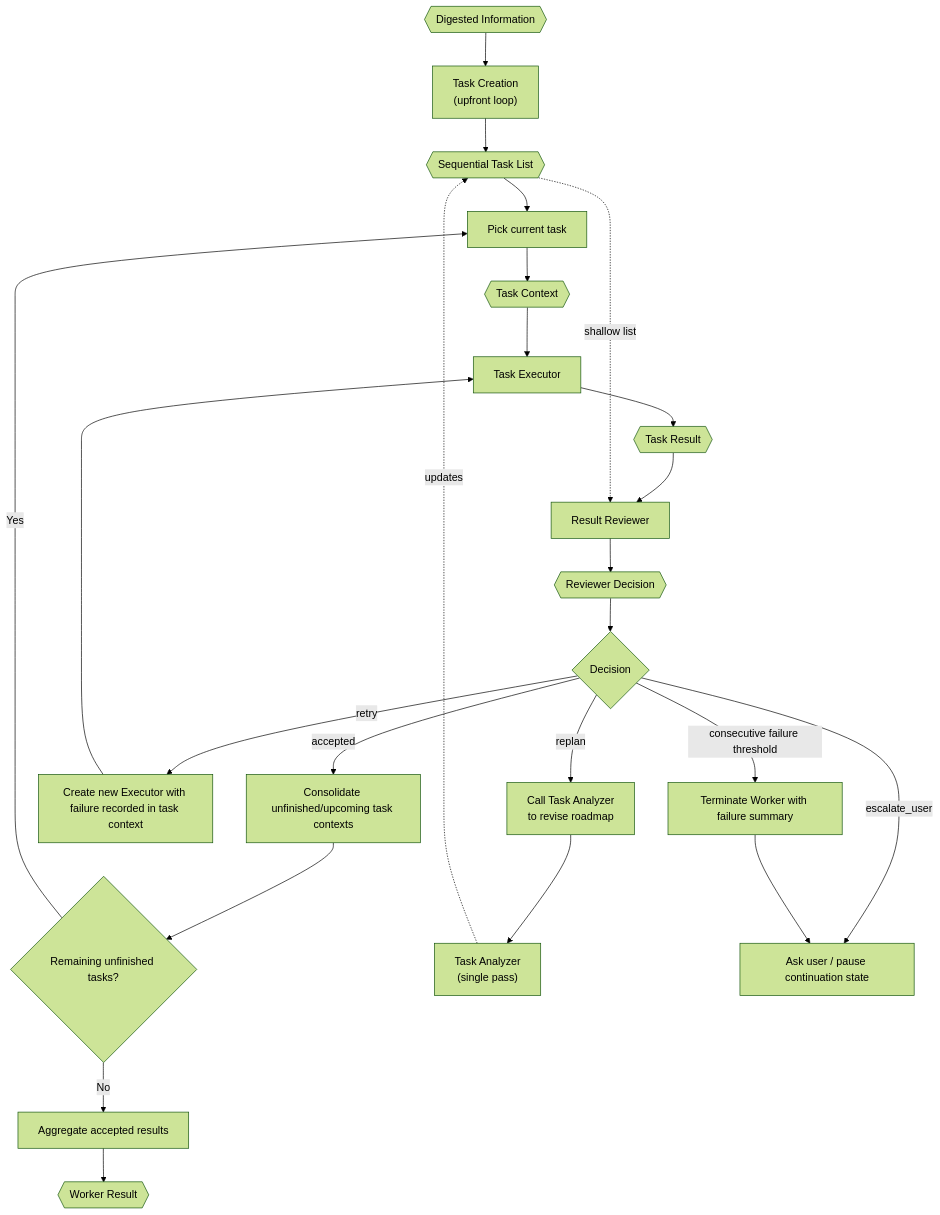
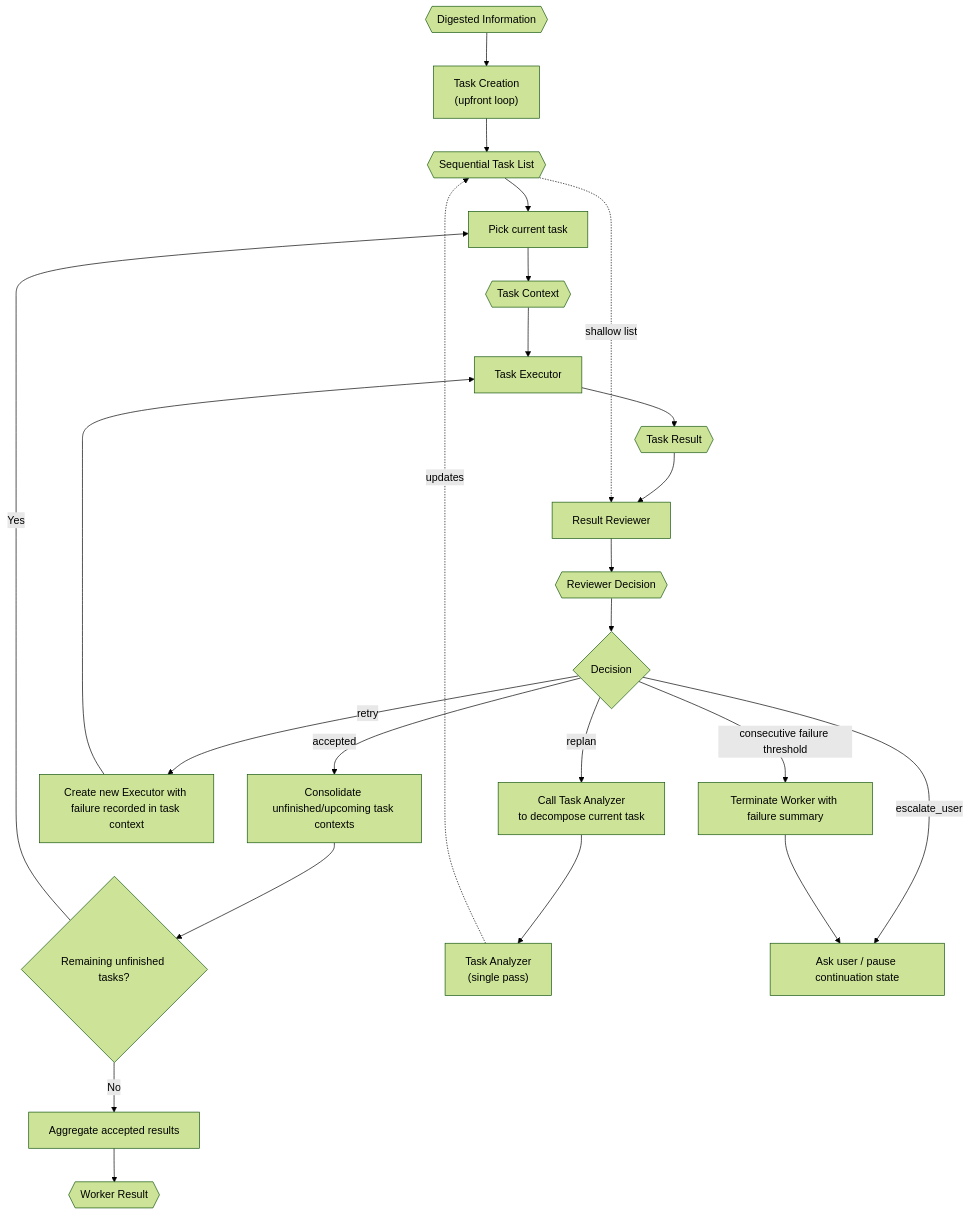
Before and after one commit to VJyzCELERY/TINYCUA: the diagram in src/tinycua/docs/architecture/worker-orchestration.md, drawn with Mermaid (forest theme). The commit also changed 3 other files, not shown here.

First line of the commit message:
fix(docs): clarify replan scope — decompose current task only, not full roadmap

````diff
--- a/src/tinycua/docs/architecture/worker-orchestration.md
+++ b/src/tinycua/docs/architecture/worker-orchestration.md
@@ -53,46 +53,46 @@
 ```mermaid
 flowchart TD
     DI{{"Digested Information"}}
     TCR["Task Creation\n(upfront loop)"]
     TL{{"Sequential Task List"}}
     PICK["Pick current task"]
     TC{{"Task Context"}}
     TE["Task Executor"]
     TRS{{"Task Result"}}
     RV["Result Reviewer"]
     DEC{{"Reviewer Decision"}}
     NEXT{"Decision"}
     UPDATE["Consolidate unfinished/upcoming task contexts"]
     REMAIN{"Remaining unfinished tasks?"}
     RETRY["Create new Executor with failure recorded in task context"]
-    REPLAN["Call Task Analyzer\nto revise roadmap"]
+    REPLAN["Call Task Analyzer\nto decompose current task"]
     TA["Task Analyzer\n(single pass)"]
     ASK["Ask user / pause continuation state"]
     FAIL_TERM["Terminate Worker with failure summary"]
     AGG["Aggregate accepted results"]
     WR{{"Worker Result"}}
 
     DI --> TCR
     TCR --> TL
     TL --> PICK
     PICK --> TC
     TC --> TE
     TE --> TRS
     TRS --> RV
     TL -. "shallow list" .-> RV
     RV --> DEC
     DEC --> NEXT
     NEXT -->|accepted| UPDATE
     UPDATE --> REMAIN
     REMAIN -->|Yes| PICK
     REMAIN -->|No| AGG
     NEXT -->|retry| RETRY
     RETRY --> TE
     NEXT -->|replan| REPLAN
     REPLAN --> TA
     TA -. "updates" .-> TL
     NEXT -->|escalate_user| ASK
     NEXT -->|consecutive failure threshold| FAIL_TERM
     FAIL_TERM --> ASK
     AGG --> WR
 ```
````
